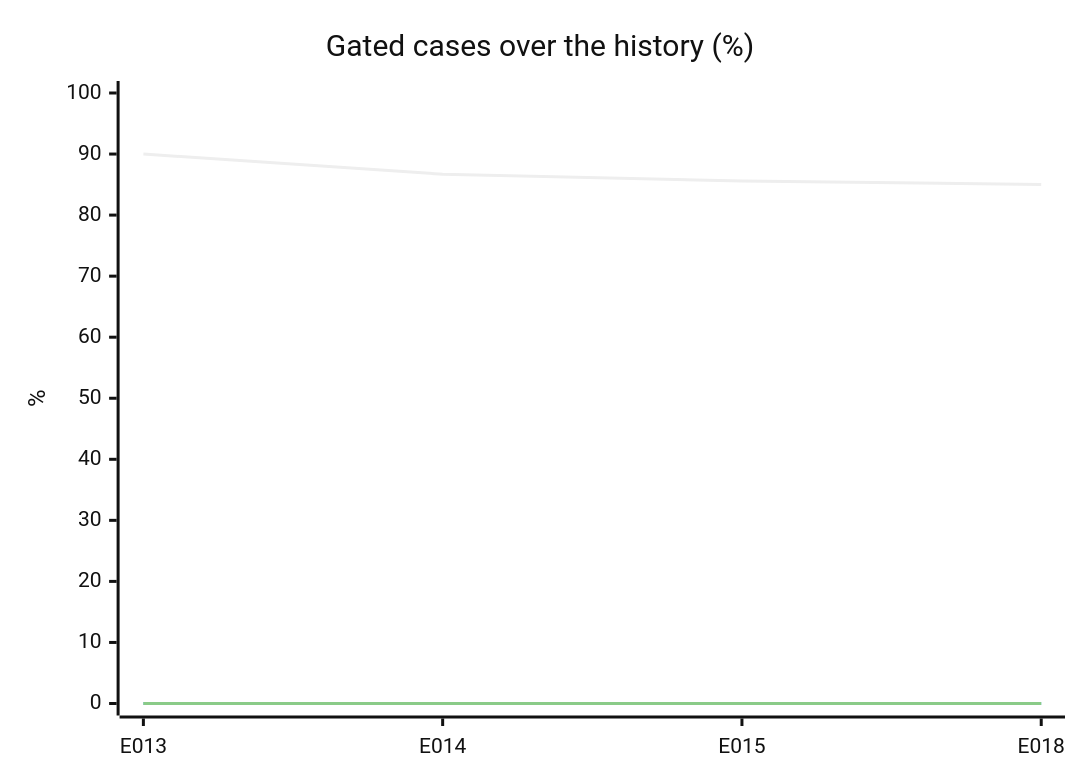
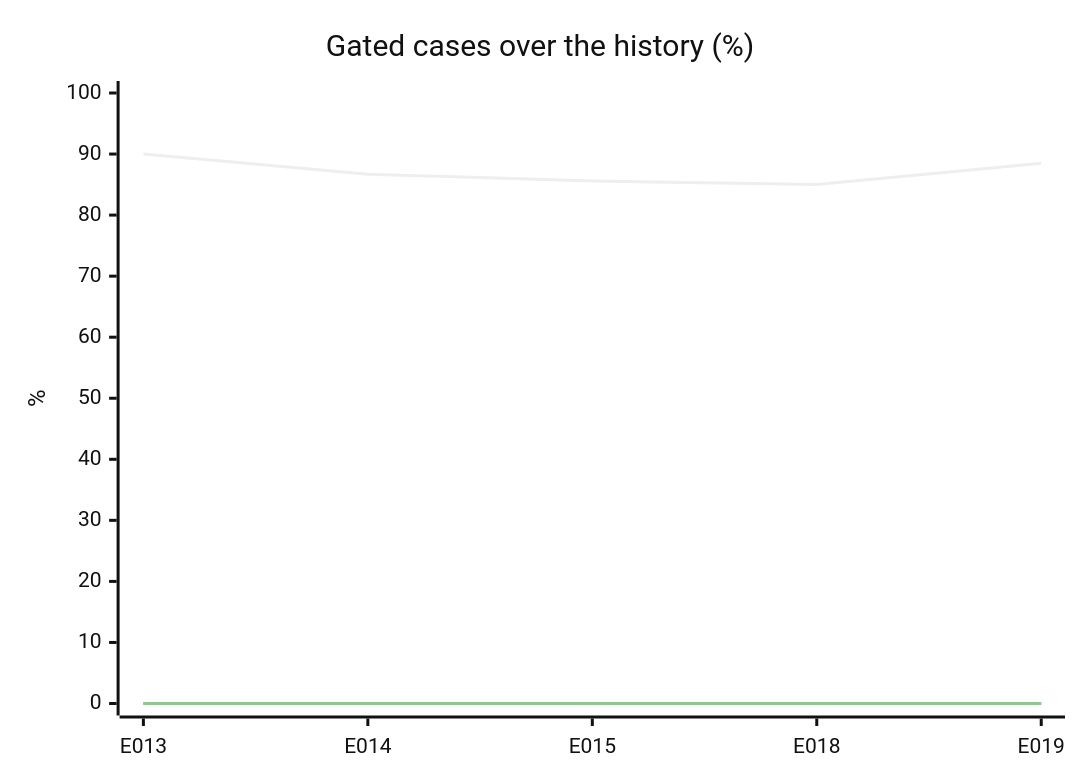
The first of 2 diagrams in evals/report.md (acarbonellb/anti-fraud-agent), drawn with Mermaid (neutral theme) before and after one commit. The commit also changed other lines of this file and 151 other files, not shown here.

````diff
--- a/evals/report.md
+++ b/evals/report.md
@@ -47,9 +48,9 @@
 ```mermaid
 xychart-beta
   title "Gated cases over the history (%)"
-  x-axis [E013, E014, E015, E018]
+  x-axis [E013, E014, E015, E018, E019]
   y-axis "%" 0 --> 100
-  line [90, 86.7, 85.6, 85]
-  line [0, 0, 0, 0]
-  line [0, 0, 0, 0]
+  line [90, 86.7, 85.6, 85, 88.5]
+  line [0, 0, 0, 0, 0]
+  line [0, 0, 0, 0, 0]
 ```
````
